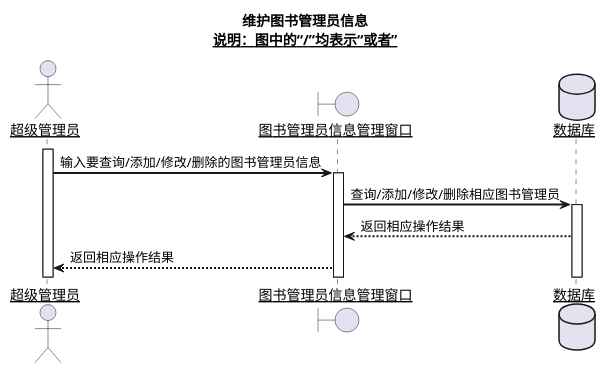
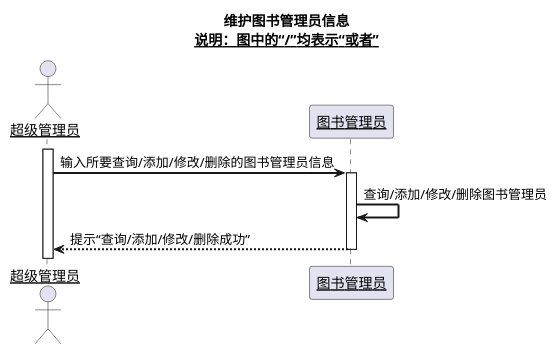
Before and after one commit to Landy7/is_analysis: the diagram in test4/sequence10.md, drawn with PlantUML. The commit also changed 24 other files, not shown here.

```diff
--- a/test4/sequence10.md
+++ b/test4/sequence10.md
@@ -1,19 +1,25 @@
 @startuml
 title
  维护图书管理员信息
  <u>说明：图中的“/”均表示“或者”</u>
 end title
+
 skinparam sequenceArrowThickness 2
 skinparam maxmessagesize 60
 skinparam sequenceParticipant underline
+
 actor "超级管理员" as U
-boundary "图书管理员信息管理窗口" as A
-database "数据库" as B
+participant "图书管理员" as A
+
 activate U
-U ->A:输入要查询/添加/修改/删除的图书管理员信息
+
+
+U ->A:输入所要查询/添加/修改/删除的图书管理员信息
 activate A
-A ->B:查询/添加/修改/删除相应图书管理员
-activate B
-B -->A:返回相应操作结果
-A -->U:返回相应操作结果
+
+A ->A:查询/添加/修改/删除图书管理员
+
+
+A -->U:提示“查询/添加/修改/删除成功”
+deactivate A
 @enduml
```
